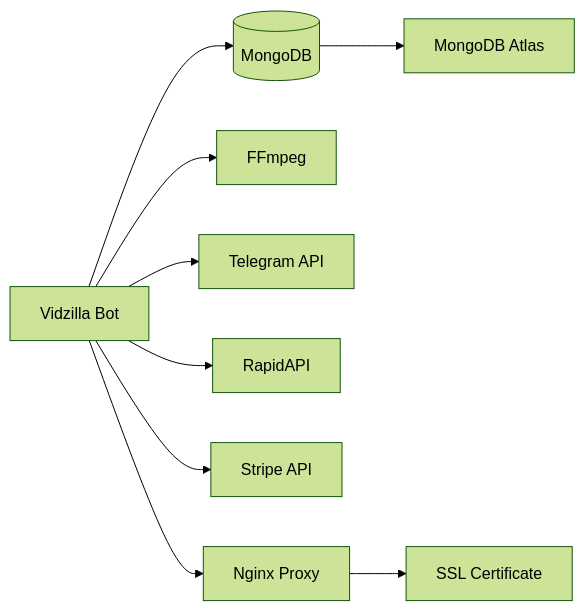
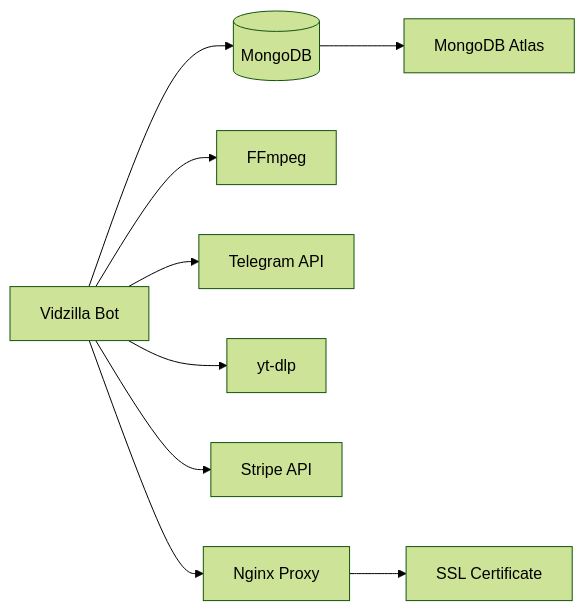
The third of 3 diagrams in wiki/Architecture-Overview.md (zerox9dev/Vidzilla), drawn with Mermaid (forest theme) before and after one commit. The commit also changed other lines of this file and 11 other files, not shown here.

First line of the commit message:
🚀 Replace RapidAPI with yt-dlp

````diff
--- a/wiki/Architecture-Overview.md
+++ b/wiki/Architecture-Overview.md
@@ -379,12 +379,12 @@
 ```mermaid
 graph LR
     Bot[Vidzilla Bot] --> MongoDB[(MongoDB)]
     Bot --> FFmpeg[FFmpeg]
     Bot --> TelegramAPI[Telegram API]
-    Bot --> RapidAPI[RapidAPI]
+    Bot --> YTDLP[yt-dlp]
     Bot --> Stripe[Stripe API]
 
     MongoDB --> MongoAtlas[MongoDB Atlas]
     Bot --> Nginx[Nginx Proxy]
     Nginx --> SSL[SSL Certificate]
 ```
````
